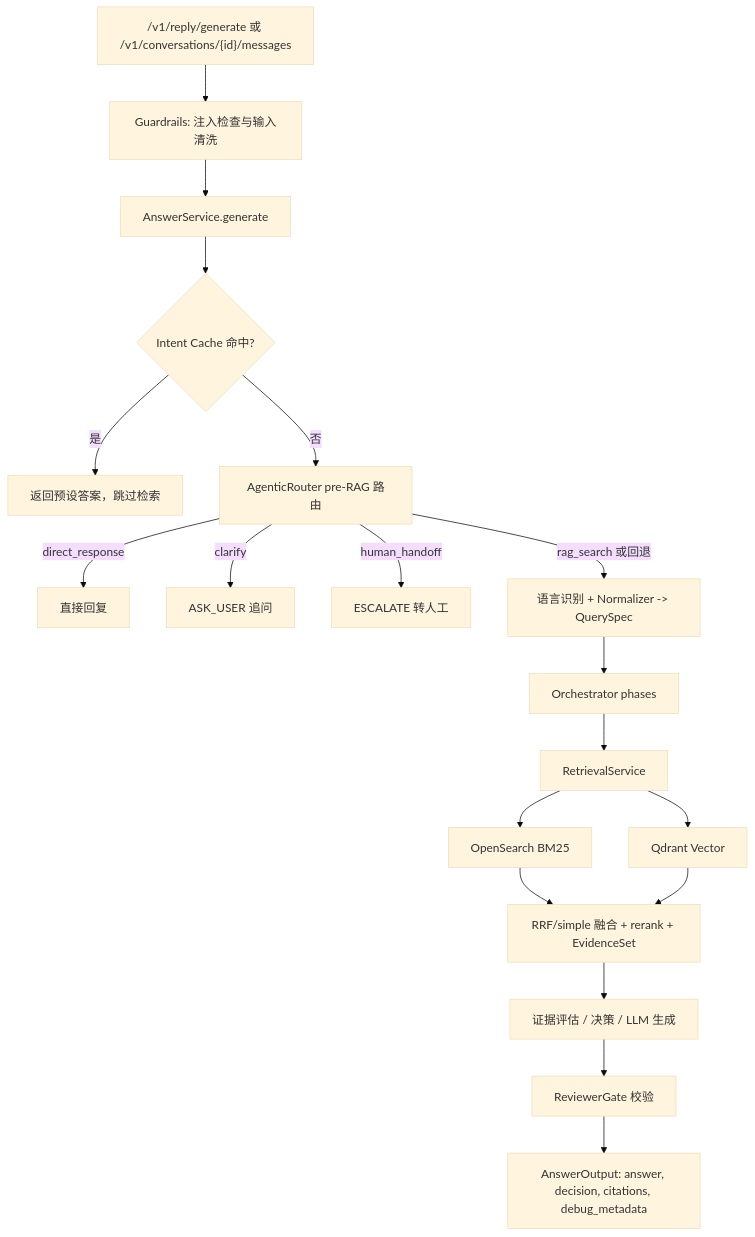
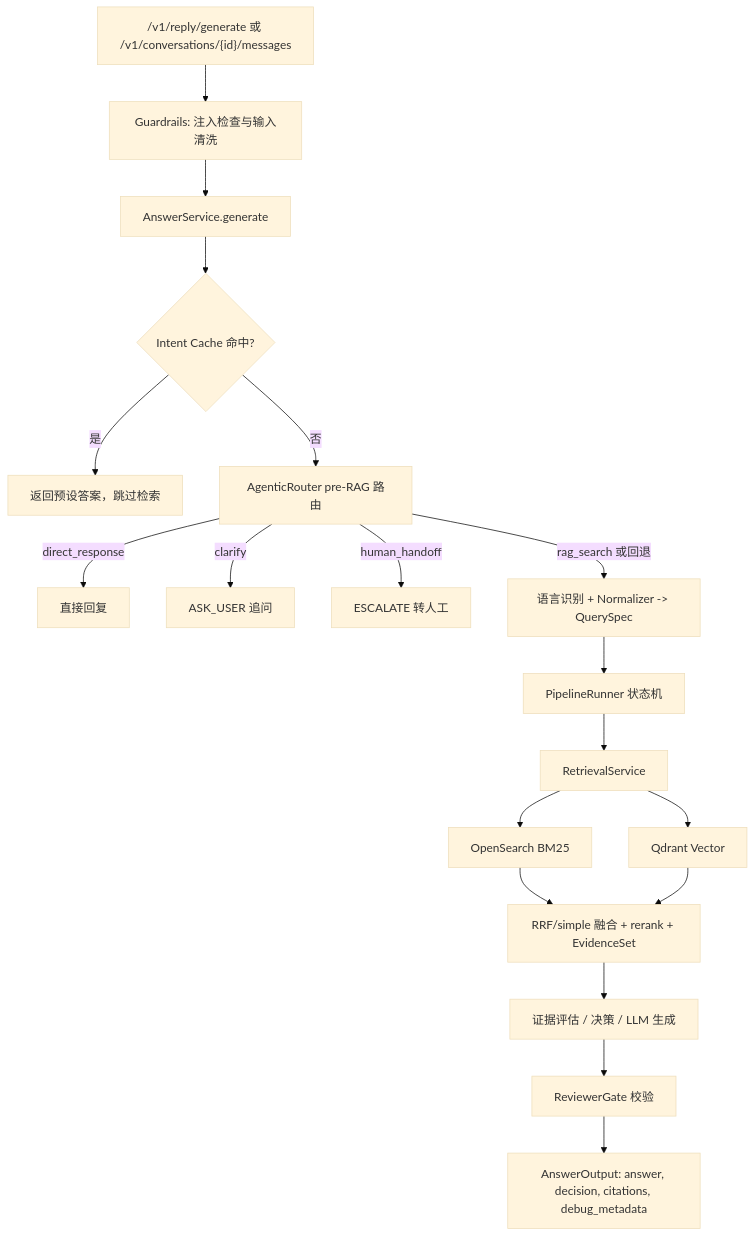
One commit to rwjxrj/RAG_Agent changed the second of 3 diagrams in README.md. Above: the diagram before and after it, drawn with Mermaid (base theme). The commit also changed other lines of this file and 98 other files, not shown here.

Commit message:
Refactor orchestrator pipeline and phase flow

````diff
--- a/README.md
+++ b/README.md
@@ -70,21 +87,21 @@
 ```mermaid
 flowchart TD
   A["/v1/reply/generate 或 /v1/conversations/{id}/messages"] --> B["Guardrails: 注入检查与输入清洗"]
   B --> C["AnswerService.generate"]
   C --> D{"Intent Cache 命中?"}
   D -->|是| E["返回预设答案，跳过检索"]
   D -->|否| F["AgenticRouter pre-RAG 路由"]
   F -->|direct_response| G["直接回复"]
   F -->|clarify| H["ASK_USER 追问"]
   F -->|human_handoff| I["ESCALATE 转人工"]
   F -->|rag_search 或回退| J["语言识别 + Normalizer -> QuerySpec"]
-  J --> K["Orchestrator phases"]
+  J --> K["PipelineRunner 状态机"]
   K --> L["RetrievalService"]
   L --> M["OpenSearch BM25"]
   L --> N["Qdrant Vector"]
   M --> O["RRF/simple 融合 + rerank + EvidenceSet"]
   N --> O
   O --> P["证据评估 / 决策 / LLM 生成"]
   P --> Q["ReviewerGate 校验"]
   Q --> R["AnswerOutput: answer, decision, citations, debug_metadata"]
 ```
````
